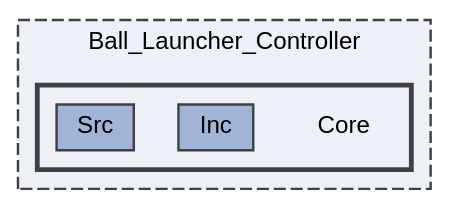
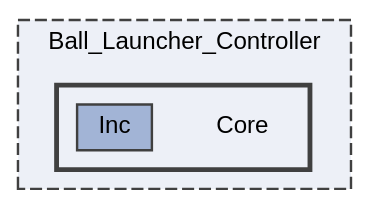
Before and after one commit to vvinhvvo98/Basketball-Launcher: the diagram in docs/dir_3bbab98ef2025f84866ee15d6a34516b_dep.dot, drawn with Graphviz. The commit also changed 167 other files, not shown here.

```diff
--- a/docs/dir_3bbab98ef2025f84866ee15d6a34516b_dep.dot
+++ b/docs/dir_3bbab98ef2025f84866ee15d6a34516b_dep.dot
@@ -1,17 +1,16 @@
 digraph "Ball_Launcher_Controller/Core"
 {
  // LATEX_PDF_SIZE
   bgcolor="transparent";
   edge [fontname=Helvetica,fontsize=10,labelfontname=Helvetica,labelfontsize=10];
   node [fontname=Helvetica,fontsize=10,shape=box,height=0.2,width=0.4];
   compound=true
   subgraph clusterdir_a32e220f89ab7609f232780d068ad339 {
     graph [ bgcolor="#edf0f7", pencolor="grey25", label="Ball_Launcher_Controller", fontname=Helvetica,fontsize=10 style="filled,dashed", URL="dir_a32e220f89ab7609f232780d068ad339.html",tooltip=""]
   subgraph clusterdir_3bbab98ef2025f84866ee15d6a34516b {
     graph [ bgcolor="#edf0f7", pencolor="grey25", label="", fontname=Helvetica,fontsize=10 style="filled,bold", URL="dir_3bbab98ef2025f84866ee15d6a34516b.html",tooltip=""]
     dir_3bbab98ef2025f84866ee15d6a34516b [shape=plaintext, label="Core"];
   dir_f63d1d19b1344f6eb6e4bb6cdb2a585f [label="Inc", fillcolor="#a2b4d6", color="grey25", style="filled", URL="dir_f63d1d19b1344f6eb6e4bb6cdb2a585f.html",tooltip=""];
-  dir_5f0bd777afe5046ac2fdac207f53c90f [label="Src", fillcolor="#a2b4d6", color="grey25", style="filled", URL="dir_5f0bd777afe5046ac2fdac207f53c90f.html",tooltip=""];
   }
   }
 }
```
